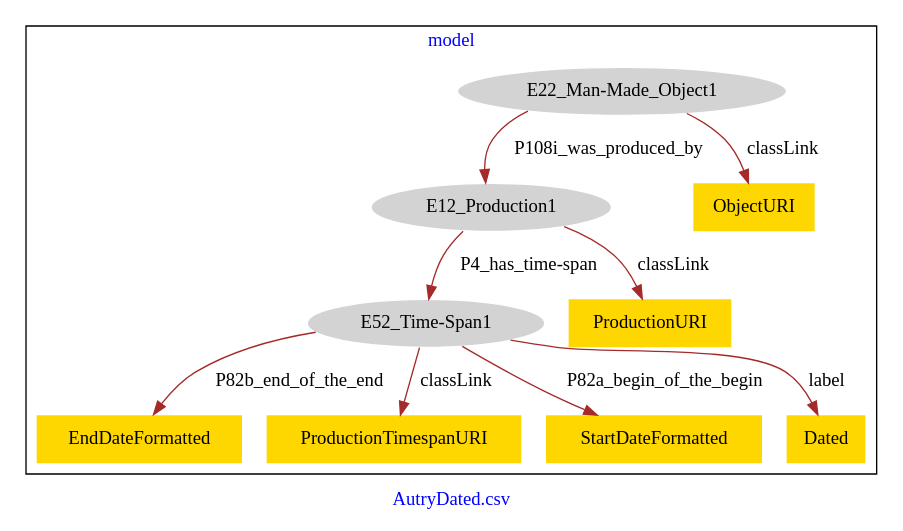
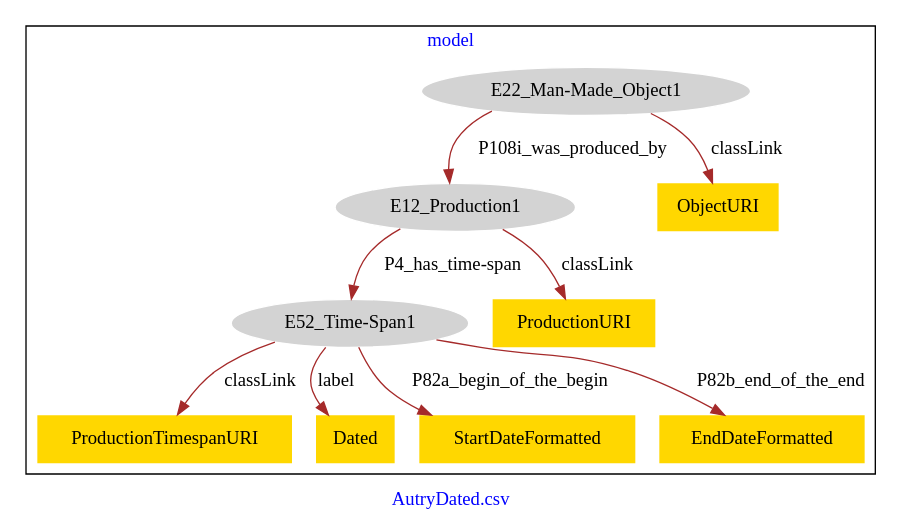
The diagram in AutryDated/AutryDated-model.dot (american-art/autry), drawn with Graphviz before and after one commit.

Commit message:
Update file AutryDated-model.dot

```diff
--- a/AutryDated/AutryDated-model.dot
+++ b/AutryDated/AutryDated-model.dot
@@ -1,25 +1,25 @@
 digraph n0 {
 fontcolor="blue"
 remincross="true"
 label="AutryDated.csv"
 subgraph cluster {
 label="model"
 n2[style="filled",color="white",fillcolor="lightgray",label="E12_Production1"];
 n3[style="filled",color="white",fillcolor="lightgray",label="E52_Time-Span1"];
 n4[style="filled",color="white",fillcolor="lightgray",label="E22_Man-Made_Object1"];
-n5[shape="plaintext",style="filled",fillcolor="gold",label="ObjectURI"];
-n6[shape="plaintext",style="filled",fillcolor="gold",label="EndDateFormatted"];
-n7[shape="plaintext",style="filled",fillcolor="gold",label="ProductionTimespanURI"];
-n8[shape="plaintext",style="filled",fillcolor="gold",label="StartDateFormatted"];
-n9[shape="plaintext",style="filled",fillcolor="gold",label="Dated"];
-n10[shape="plaintext",style="filled",fillcolor="gold",label="ProductionURI"];
+n5[shape="plaintext",style="filled",fillcolor="gold",label="ProductionTimespanURI"];
+n6[shape="plaintext",style="filled",fillcolor="gold",label="Dated"];
+n7[shape="plaintext",style="filled",fillcolor="gold",label="ObjectURI"];
+n8[shape="plaintext",style="filled",fillcolor="gold",label="ProductionURI"];
+n9[shape="plaintext",style="filled",fillcolor="gold",label="StartDateFormatted"];
+n10[shape="plaintext",style="filled",fillcolor="gold",label="EndDateFormatted"];
 }
 n2 -> n3[color="brown",fontcolor="black",label="P4_has_time-span"]
 n4 -> n2[color="brown",fontcolor="black",label="P108i_was_produced_by"]
-n4 -> n5[color="brown",fontcolor="black",label="classLink"]
-n3 -> n6[color="brown",fontcolor="black",label="P82b_end_of_the_end"]
-n3 -> n7[color="brown",fontcolor="black",label="classLink"]
-n3 -> n8[color="brown",fontcolor="black",label="P82a_begin_of_the_begin"]
-n3 -> n9[color="brown",fontcolor="black",label="label"]
-n2 -> n10[color="brown",fontcolor="black",label="classLink"]
+n3 -> n5[color="brown",fontcolor="black",label="classLink"]
+n3 -> n6[color="brown",fontcolor="black",label="label"]
+n4 -> n7[color="brown",fontcolor="black",label="classLink"]
+n2 -> n8[color="brown",fontcolor="black",label="classLink"]
+n3 -> n9[color="brown",fontcolor="black",label="P82a_begin_of_the_begin"]
+n3 -> n10[color="brown",fontcolor="black",label="P82b_end_of_the_end"]
 }
```
